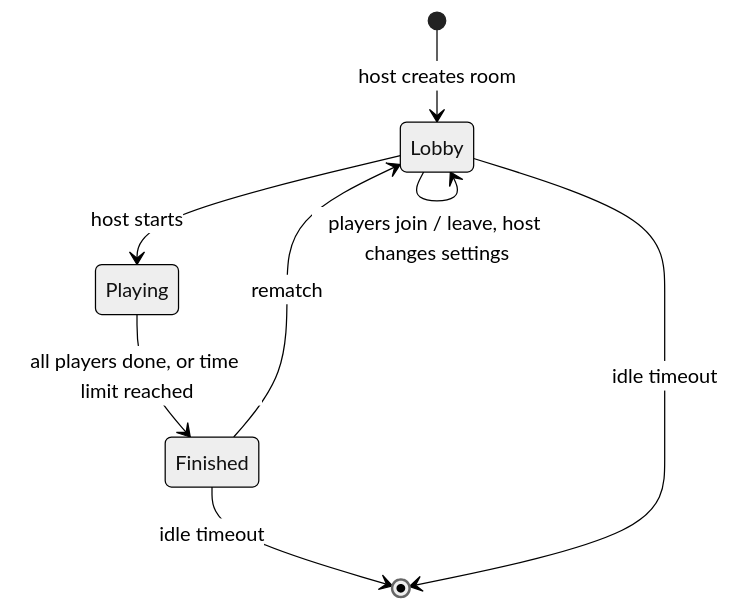
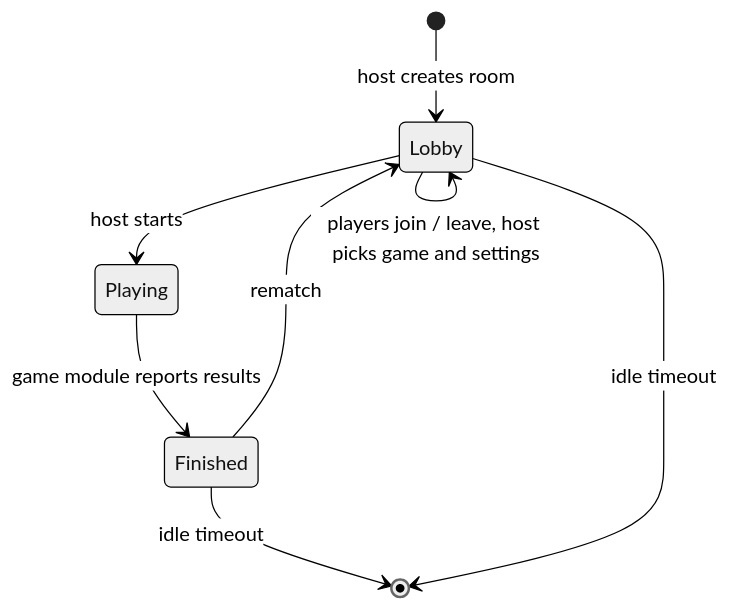
Before and after one commit to aristhegf/whizard: the second of 2 diagrams in docs/ARCHITECTURE.md, drawn with Mermaid (neutral theme). The commit also changed other lines of this file and 2 other files, not shown here.

First line of the commit message:
Document the game catalog and game module design

````diff
--- a/docs/ARCHITECTURE.md
+++ b/docs/ARCHITECTURE.md
@@ -99,10 +124,10 @@
 ```mermaid
 stateDiagram-v2
     [*] --> Lobby: host creates room
-    Lobby --> Lobby: players join / leave, host changes settings
+    Lobby --> Lobby: players join / leave, host picks game and settings
     Lobby --> Playing: host starts
-    Playing --> Finished: all players done, or time limit reached
+    Playing --> Finished: game module reports results
     Finished --> Lobby: rematch
     Finished --> [*]: idle timeout
     Lobby --> [*]: idle timeout
 ```
````
